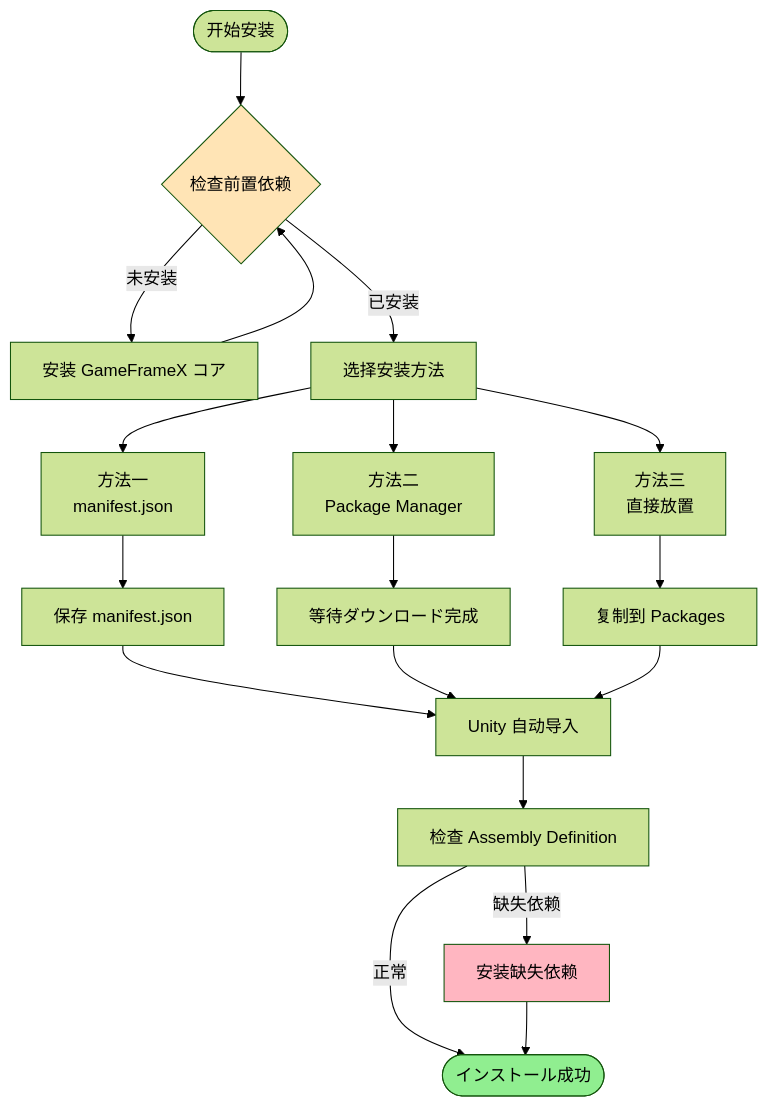
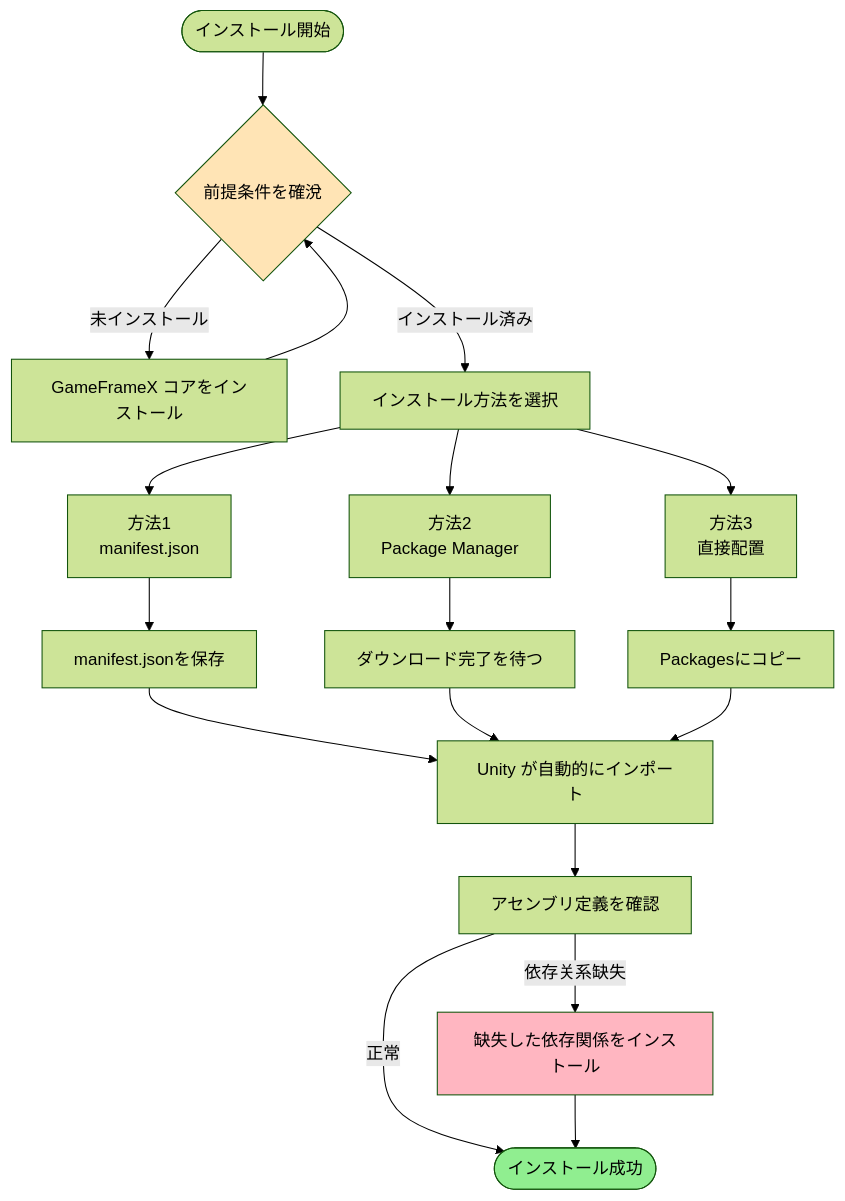
Before and after one commit to AlianBlank/GameFrameX.Docs: the second of 2 diagrams in docs/ja/client/unity/component/scene/02.installation.md, drawn with Mermaid (forest theme). The commit also changed other lines of this file and 320 other files, not shown here.

````diff
--- a/docs/ja/client/unity/component/scene/02.installation.md
+++ b/docs/ja/client/unity/component/scene/02.installation.md
@@ -102,29 +102,29 @@
 ```mermaid
 flowchart TD
-    Start([开始安装]) --> Check{检查前置依赖}
+    Start([インストール開始]) --> Check{前提条件を確涗}
     
-    Check -->|未安装| InstallCore["安装 GameFrameX コア"]
+    Check -->|未インストール| InstallCore["GameFrameX コアをインストール"]
     InstallCore --> Check
-    Check -->|已安装| SelectMethod[选择安装方法]
+    Check -->|インストール済み| SelectMethod[インストール方法を選択]
     
-    SelectMethod --> M1["方法一<br/>manifest.json"]
-    SelectMethod --> M2["方法二<br/>Package Manager"]
-    SelectMethod --> M3["方法三<br/>直接放置"]
+    SelectMethod --> M1["方法1<br/>manifest.json"]
+    SelectMethod --> M2["方法2<br/>Package Manager"]
+    SelectMethod --> M3["方法3<br/>直接配置"]
     
-    M1 --> Verify1[保存 manifest.json]
-    M2 --> Verify2[等待ダウンロード完成]
-    M3 --> Verify3[复制到 Packages]
+    M1 --> Verify1[manifest.jsonを保存]
+    M2 --> Verify2[ダウンロード完了を待つ]
+    M3 --> Verify3[Packagesにコピー]
     
-    Verify1 --> Import["Unity 自动导入"]
+    Verify1 --> Import["Unity が自動的にインポート"]
     Verify2 --> Import
     Verify3 --> Import
     
-    Import --> CheckAsmdef["检查 Assembly Definition"]
+    Import --> CheckAsmdef["アセンブリ定義を確認"]
     CheckAsmdef -->|正常| Success([インストール成功])
-    CheckAsmdef -->|缺失依赖| FixDep["安装缺失依赖"]
+    CheckAsmdef -->|依存关系缺失| FixDep["缺失した依存関係をインストール"]
     FixDep --> Success
     
     style Success fill:#90EE90
     style Check fill:#FFE4B5
     style FixDep fill:#FFB6C1
 ```
````
